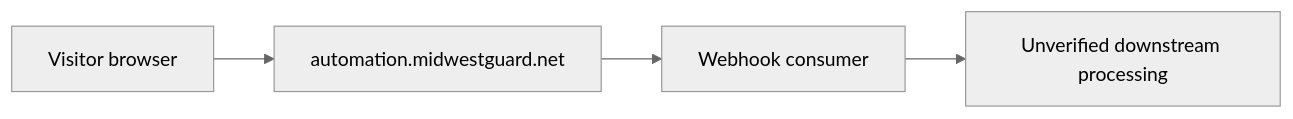
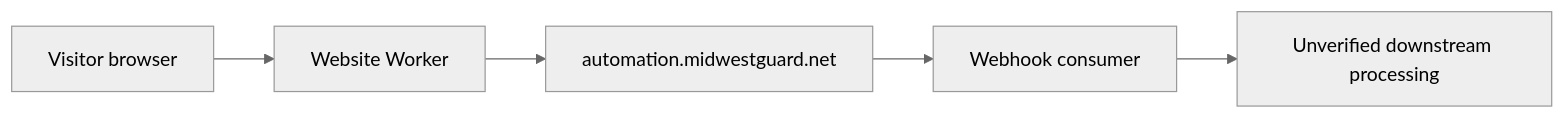
The second of 4 diagrams in docs/architecture/INFRASTRUCTURE-ACCESS-AND-REQUEST-FLOWS.md (jesse5656/jryanrussow-site), drawn with Mermaid (neutral theme) before and after one commit. The commit also changed other lines of this file and 2 other files, not shown here.

Commit message:
governance: approve ACP-009 public intake architecture

````diff
--- a/docs/architecture/INFRASTRUCTURE-ACCESS-AND-REQUEST-FLOWS.md
+++ b/docs/architecture/INFRASTRUCTURE-ACCESS-AND-REQUEST-FLOWS.md
@@ -107,6 +111,7 @@
 ```mermaid
 flowchart LR
-    A[Visitor browser] --> B[automation.midwestguard.net]
-    B --> C[Webhook consumer]
-    C --> D[Unverified downstream processing]
+    A[Visitor browser] --> B[Website Worker]
+    B --> C[automation.midwestguard.net]
+    C --> D[Webhook consumer]
+    D --> E[Unverified downstream processing]
 ```
````
